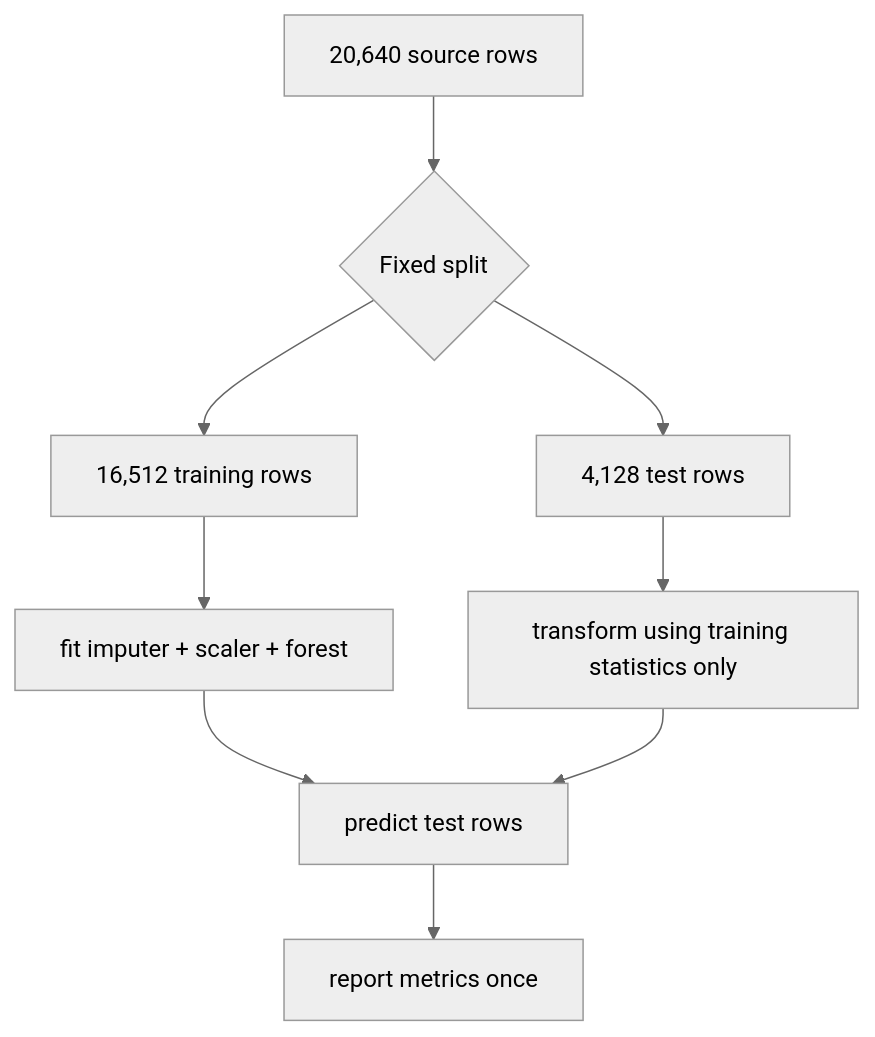
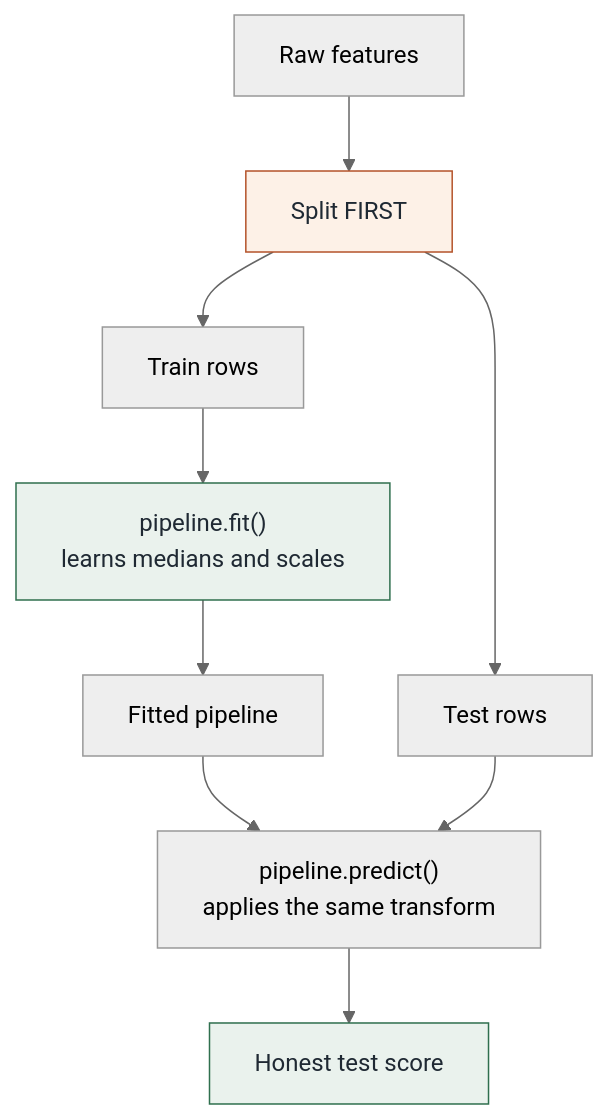
One commit to CHAITANYA-2002/machine-learning-projects changed the second of 3 diagrams in 03-california-housing/README.md. Above: the diagram before and after it, drawn with Mermaid (neutral theme). The commit also changed other lines of this file and 109 other files, not shown here.

````diff
--- a/03-california-housing/README.md
+++ b/03-california-housing/README.md
@@ -81,11 +121,15 @@
 ```mermaid
-flowchart TB
-    A[20,640 source rows] --> B{Fixed split}
-    B --> C[16,512 training rows]
-    B --> D[4,128 test rows]
-    C --> E[fit imputer + scaler + forest]
-    D --> F[transform using training statistics only]
-    E --> G[predict test rows]
-    F --> G
-    G --> H[report metrics once]
+flowchart TD
+    A["Raw features"] --> B["Split FIRST"]
+    B --> C["Train rows"]
+    B --> D["Test rows"]
+    C --> E["pipeline.fit()<br/>learns medians and scales"]
+    E --> F["Fitted pipeline"]
+    F --> G["pipeline.predict()<br/>applies the same transform"]
+    D --> G
+    G --> H["Honest test score"]
+
+    style B fill:#fdf1e7,stroke:#b4532a,color:#1f2933
+    style E fill:#eaf2ed,stroke:#2f6f4e,color:#1f2933
+    style H fill:#eaf2ed,stroke:#2f6f4e,color:#1f2933
 ```
````
